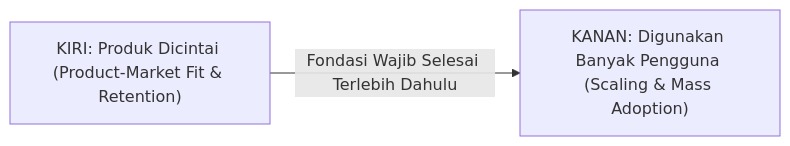
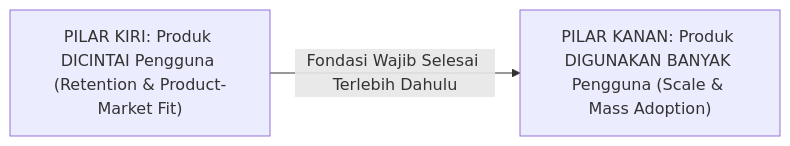
One commit to gerrardgs/Inkubasi-Startup-BTP changed the first of 2 diagrams in 04-notulensi-workshop/workshop-01/notulensi_lengkap_sesi_1_indra_purnama.md. Above: the diagram before and after it, drawn with Mermaid. The commit also changed other lines of this file and 3 other files, not shown here.

````diff
--- a/04-notulensi-workshop/workshop-01/notulensi_lengkap_sesi_1_indra_purnama.md
+++ b/04-notulensi-workshop/workshop-01/notulensi_lengkap_sesi_1_indra_purnama.md
@@ -139,4 +160,4 @@
 ```mermaid
 graph LR
-    A["KIRI: Produk Dicintai (Product-Market Fit & Retention)"] -->|Fondasi Wajib Selesai Terlebih Dahulu| B["KANAN: Digunakan Banyak Pengguna (Scaling & Mass Adoption)"]
+    A["PILAR KIRI: Produk DICINTAI Pengguna (Retention & Product-Market Fit)"] -->|Fondasi Wajib Selesai Terlebih Dahulu| B["PILAR KANAN: Produk DIGUNAKAN BANYAK Pengguna (Scale & Mass Adoption)"]
 ```
````
